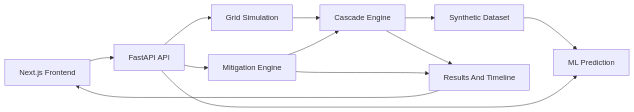
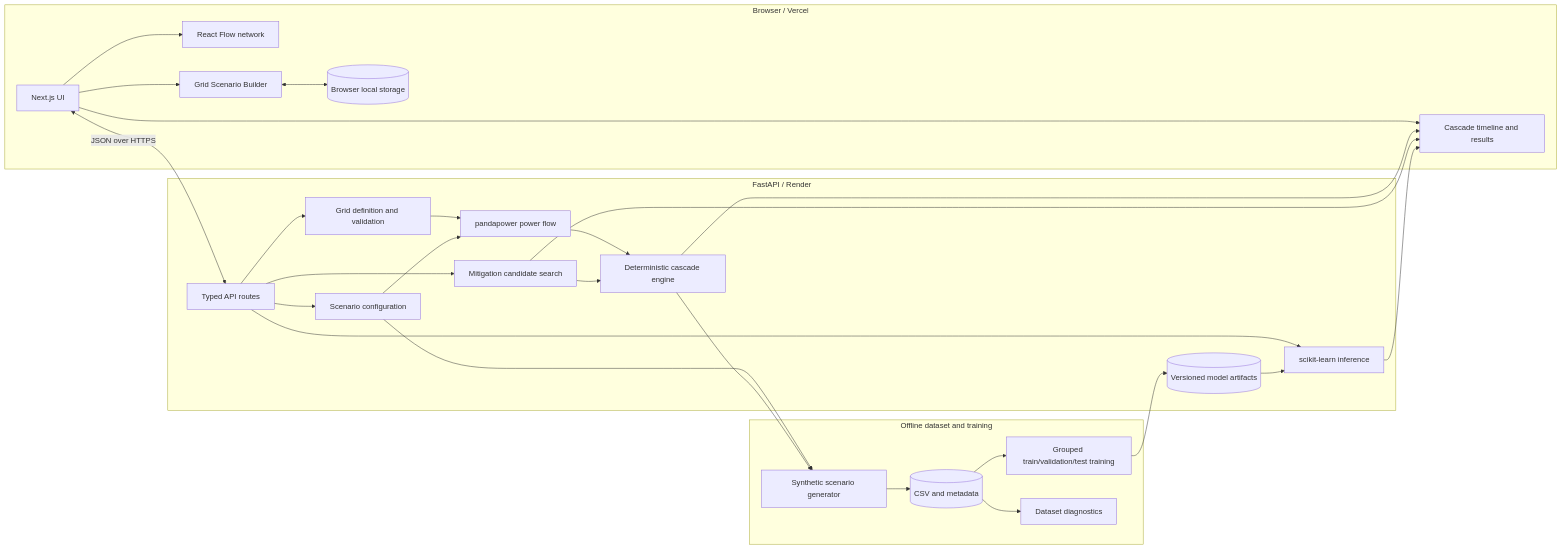
The diagram in docs/architecture.md (RayyanShehran/Tripwire), drawn with Mermaid before and after one commit. The commit also changed 6 other files, not shown here.

````diff
--- a/docs/architecture.md
+++ b/docs/architecture.md
@@ -210,23 +210,52 @@
 ```mermaid
 flowchart LR
-  Frontend[Next.js Frontend]
-  API[FastAPI API]
-  Grid[Grid Simulation]
-  Cascade[Cascade Engine]
-  Dataset[Synthetic Dataset]
-  ML[ML Prediction]
-  Mitigation[Mitigation Engine]
-  Results[Results And Timeline]
+  subgraph Browser[Browser / Vercel]
+    UI[Next.js UI]
+    Flow[React Flow network]
+    Editor[Grid Scenario Builder]
+    Timeline[Cascade timeline and results]
+    Local[(Browser local storage)]
+    UI --> Flow
+    UI --> Editor
+    UI --> Timeline
+    Editor <--> Local
+  end
 
-  Frontend --> API
-  API --> Grid
-  Grid --> Cascade
-  Cascade --> Results
-  Cascade --> Dataset
-  Dataset --> ML
-  API --> ML
-  API --> Mitigation
-  Mitigation --> Cascade
-  Mitigation --> Results
-  Results --> Frontend
+  subgraph APIService[FastAPI / Render]
+    API[Typed API routes]
+    Definition[Grid definition and validation]
+    Scenario[Scenario configuration]
+    PowerFlow[pandapower power flow]
+    Cascade[Deterministic cascade engine]
+    Mitigation[Mitigation candidate search]
+    Inference[scikit-learn inference]
+    Models[(Versioned model artifacts)]
+    API --> Definition
+    API --> Scenario
+    Definition --> PowerFlow
+    Scenario --> PowerFlow
+    PowerFlow --> Cascade
+    API --> Mitigation
+    Mitigation --> Cascade
+    API --> Inference
+    Models --> Inference
+  end
+
+  subgraph Offline[Offline dataset and training]
+    Generator[Synthetic scenario generator]
+    Dataset[(CSV and metadata)]
+    Training[Grouped train/validation/test training]
+    Diagnostics[Dataset diagnostics]
+    Generator --> Dataset
+    Dataset --> Training
+    Dataset --> Diagnostics
+    Training --> Models
+  end
+
+  UI <-->|JSON over HTTPS| API
+  Scenario --> Generator
+  Cascade --> Generator
+  Cascade --> Timeline
+  Mitigation --> Timeline
+  Inference --> Timeline
 ```
````
